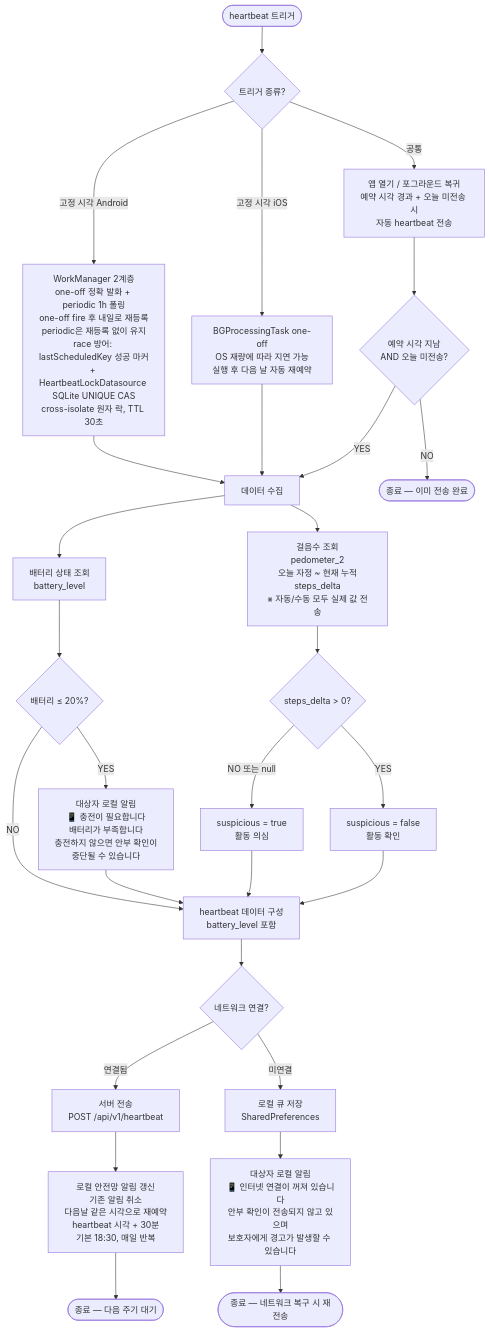
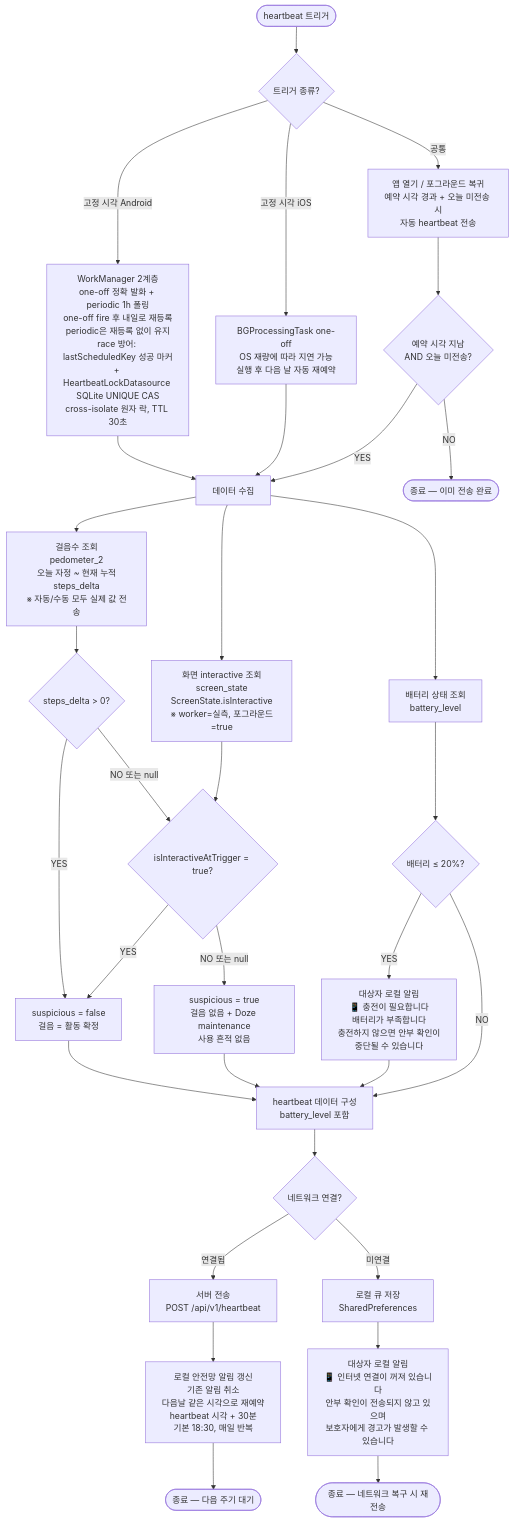
The first of 8 diagrams in .claude/rules/heartbeat_flowchart.md (l10s18bok/kr.co.anbucheck), drawn with Mermaid before and after one commit. The commit also changed other lines of this file and 15 other files, not shown here.

````diff
--- a/.claude/rules/heartbeat_flowchart.md
+++ b/.claude/rules/heartbeat_flowchart.md
@@ -25,48 +26,52 @@
 ```mermaid
 flowchart TD
     Start([heartbeat 트리거])
     Start --> Trigger
 
     Trigger{트리거 종류?}
     Trigger -->|고정 시각 Android| WM[WorkManager 2계층<br/>one-off 정확 발화 + periodic 1h 폴링<br/>one-off fire 후 내일로 재등록<br/>periodic은 재등록 없이 유지<br/>race 방어: lastScheduledKey 성공 마커<br/>+ HeartbeatLockDatasource SQLite UNIQUE CAS<br/>cross-isolate 원자 락, TTL 30초]
     Trigger -->|고정 시각 iOS| BG[BGProcessingTask one-off<br/>OS 재량에 따라 지연 가능<br/>실행 후 다음 날 자동 재예약]
     Trigger -->|공통| FG[앱 열기 / 포그라운드 복귀<br/>예약 시각 경과 + 오늘 미전송 시<br/>자동 heartbeat 전송]
 
     WM --> Collect
     BG --> Collect
     FG --> FGCheck{예약 시각 지남<br/>AND 오늘 미전송?}
     FGCheck -->|YES| Collect
     FGCheck -->|NO| End0([종료 — 이미 전송 완료])
 
     Collect[데이터 수집]
     Collect --> Steps[걸음수 조회<br/>pedometer_2<br/>오늘 자정 ~ 현재 누적<br/>steps_delta<br/>※ 자동/수동 모두 실제 값 전송]
+    Collect --> ScreenCheck[화면 interactive 조회<br/>screen_state<br/>ScreenState.isInteractive<br/>※ worker=실측, 포그라운드=true]
     Collect --> Battery[배터리 상태 조회<br/>battery_level]
 
     Steps --> StepsCheck{steps_delta > 0?}
-    StepsCheck -->|YES| Normal[suspicious = false<br/>활동 확인]
-    StepsCheck -->|NO 또는 null| Suspicious[suspicious = true<br/>활동 의심]
+    StepsCheck -->|YES| Normal[suspicious = false<br/>걸음 = 활동 확정]
+    StepsCheck -->|NO 또는 null| ScreenCheck2{isInteractiveAtTrigger = true?}
+    ScreenCheck --> ScreenCheck2
+    ScreenCheck2 -->|YES| Normal
+    ScreenCheck2 -->|NO 또는 null| Suspicious[suspicious = true<br/>걸음 없음 + Doze maintenance<br/>사용 흔적 없음]
 
     Battery --> BattCheck{배터리 ≤ 20%?}
     BattCheck -->|YES| SubjectNoti[대상자 로컬 알림<br/>📱 충전이 필요합니다<br/>배터리가 부족합니다<br/>충전하지 않으면 안부 확인이<br/>중단될 수 있습니다]
     BattCheck -->|NO| Build
 
     SubjectNoti --> Build
 
     Suspicious --> Build
     Normal --> Build
 
     Build[heartbeat 데이터 구성<br/>battery_level 포함]
 
     Build --> Network{네트워크 연결?}
 
     Network -->|연결됨| Send[서버 전송<br/>POST /api/v1/heartbeat]
     Network -->|미연결| Queue[로컬 큐 저장<br/>SharedPreferences]
 
     Queue --> LocalNoti1[대상자 로컬 알림<br/>📱 인터넷 연결이 꺼져 있습니다<br/>안부 확인이 전송되지 않고 있으며<br/>보호자에게 경고가 발생할 수 있습니다]
 
     Send --> AlarmReset[로컬 안전망 알림 갱신<br/>기존 알림 취소<br/>다음날 같은 시각으로 재예약<br/>heartbeat 시각 + 30분<br/>기본 18:30, 매일 반복]
 
     AlarmReset --> End1([종료 — 다음 주기 대기])
 
     LocalNoti1 --> End2([종료 — 네트워크 복구 시 재전송])
 ```
````
